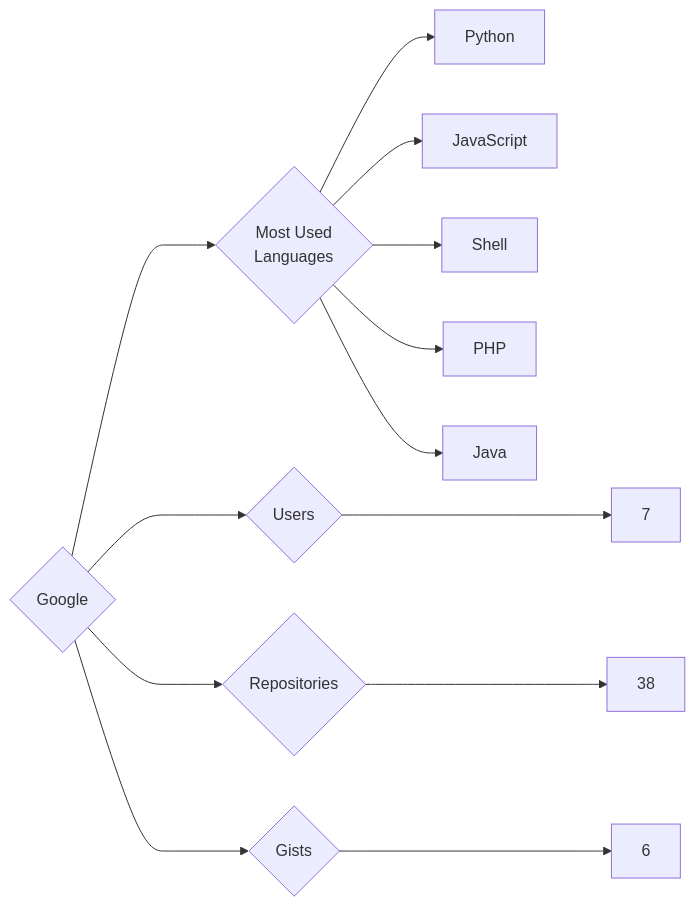
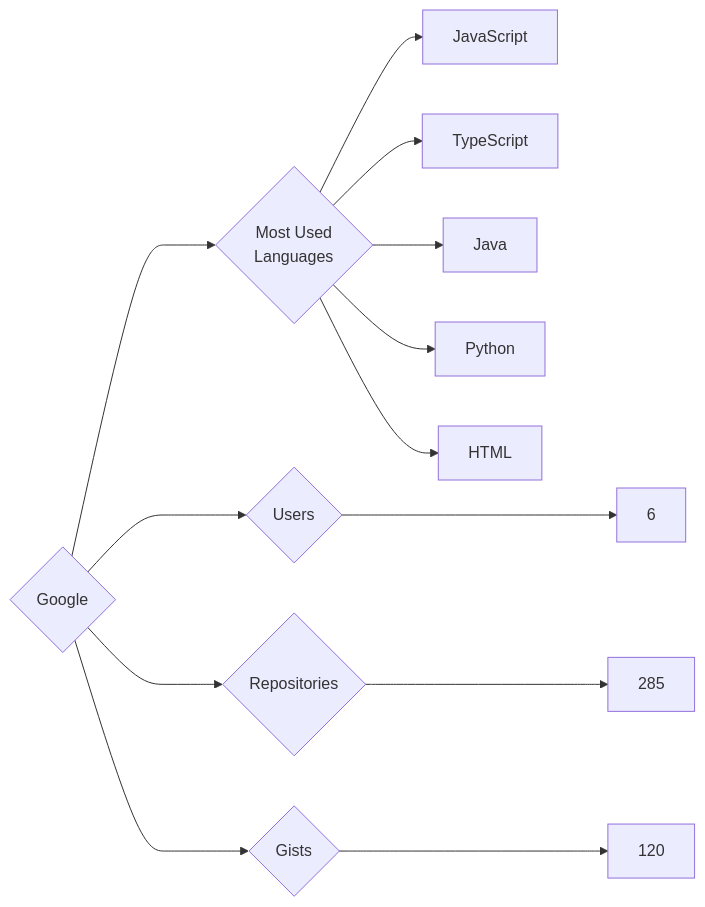
The diagram in targets/Google/README.md (trickest/insiders), drawn with Mermaid before and after one commit. The commit also changed 559 other files, not shown here.

````diff
--- a/targets/Google/README.md
+++ b/targets/Google/README.md
@@ -3,13 +3,13 @@
 ```mermaid
 graph LR
 COMPANY_NAME{Google}
-COMPANY_NAME ---> U{Users} ---> UN[7]
-COMPANY_NAME ---> R{Repositories} ---> RN[38]
-COMPANY_NAME ---> G{Gists} ---> GN[6]
+COMPANY_NAME ---> U{Users} ---> UN[6]
+COMPANY_NAME ---> R{Repositories} ---> RN[285]
+COMPANY_NAME ---> G{Gists} ---> GN[120]
 COMPANY_NAME ---> ML{Most Used<br>Languages}
+ML --> JavaScript[JavaScript]
+ML --> TypeScript[TypeScript]
+ML --> Java[Java]
 ML --> Python[Python]
-ML --> JavaScript[JavaScript]
-ML --> Shell[Shell]
-ML --> PHP[PHP]
-ML --> Java[Java]
+ML --> HTML[HTML]
 ```
````
